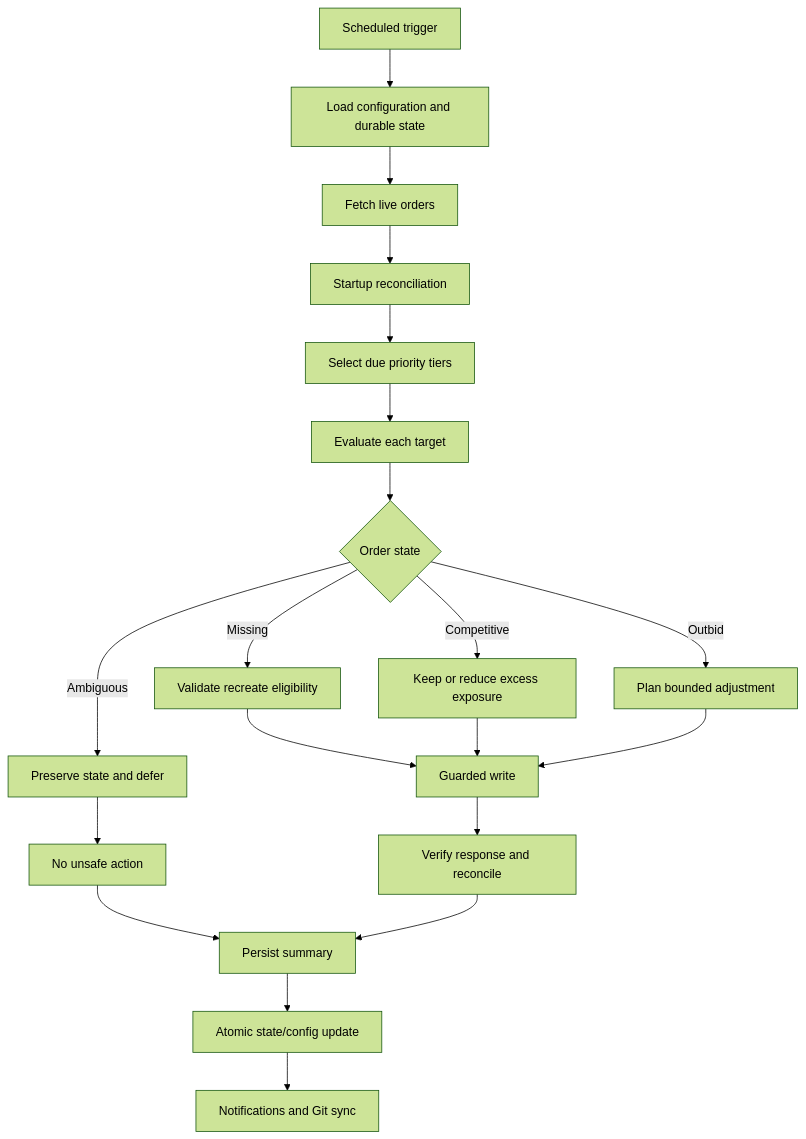
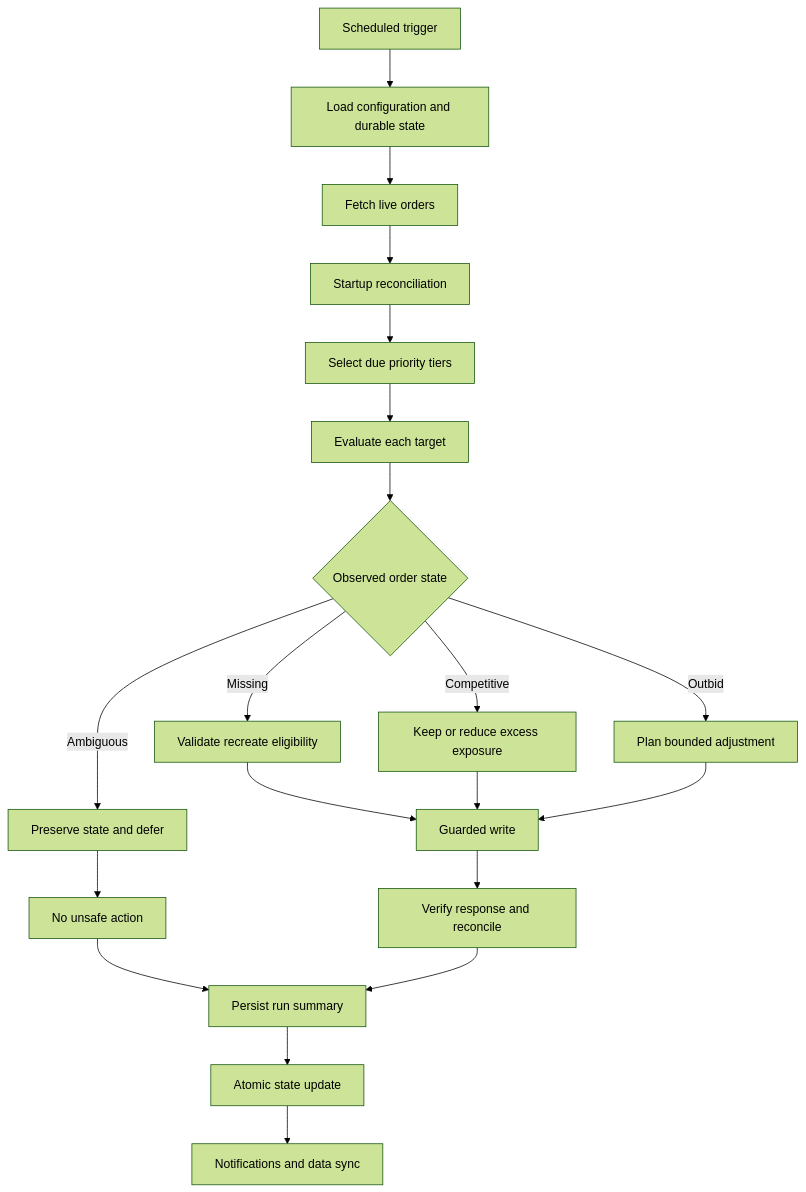
Before and after one commit to ChardXBT/CS2-Marketplace-Trading-System: the second of 3 diagrams in README.md, drawn with Mermaid (forest theme). The commit also changed other lines of this file, not shown here.

````diff
--- a/README.md
+++ b/README.md
@@ -71,22 +54,22 @@
 ```mermaid
 flowchart TD
     A["Scheduled trigger"] --> B["Load configuration and durable state"]
     B --> C["Fetch live orders"]
     C --> D["Startup reconciliation"]
     D --> E["Select due priority tiers"]
     E --> F["Evaluate each target"]
-    F --> G{"Order state"}
+    F --> G{"Observed order state"}
     G -->|Missing| H["Validate recreate eligibility"]
     G -->|Competitive| I["Keep or reduce excess exposure"]
     G -->|Outbid| J["Plan bounded adjustment"]
     G -->|Ambiguous| K["Preserve state and defer"]
     H --> L["Guarded write"]
     I --> L
     J --> L
     K --> M["No unsafe action"]
     L --> N["Verify response and reconcile"]
-    M --> O["Persist summary"]
+    M --> O["Persist run summary"]
     N --> O
-    O --> P["Atomic state/config update"]
-    P --> Q["Notifications and Git sync"]
+    O --> P["Atomic state update"]
+    P --> Q["Notifications and data sync"]
 ```
````
